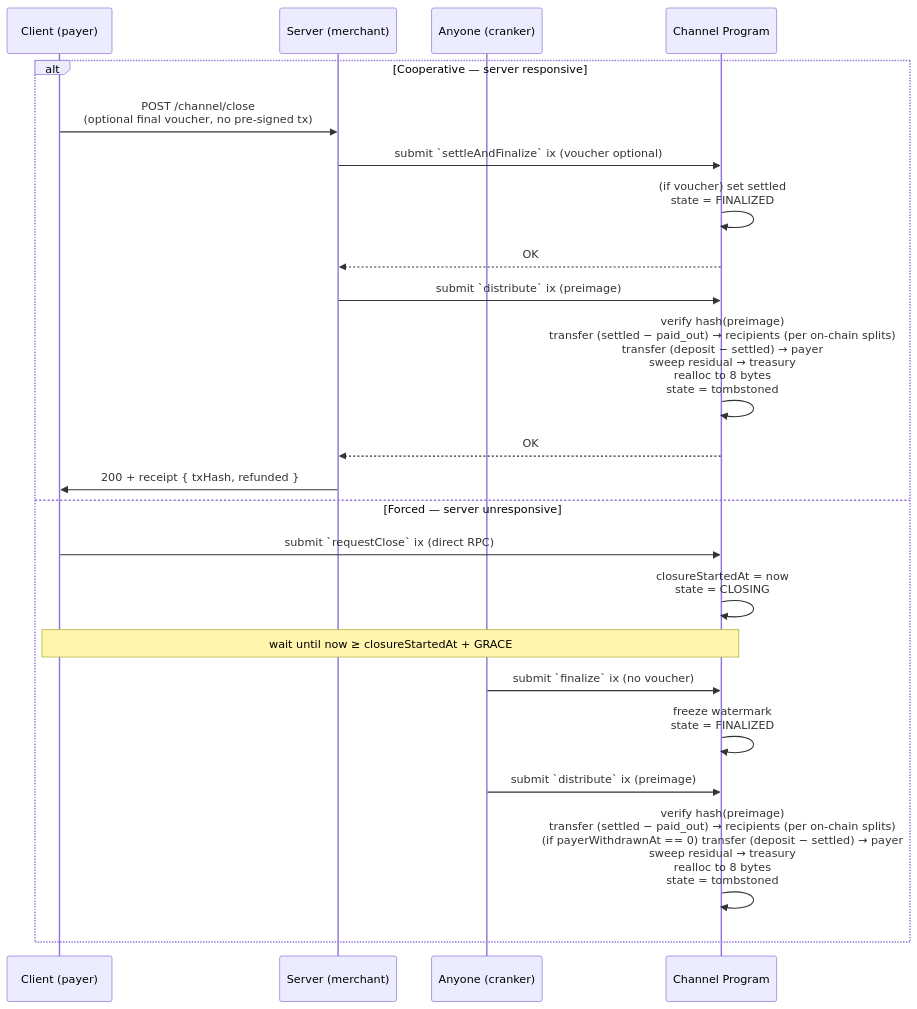
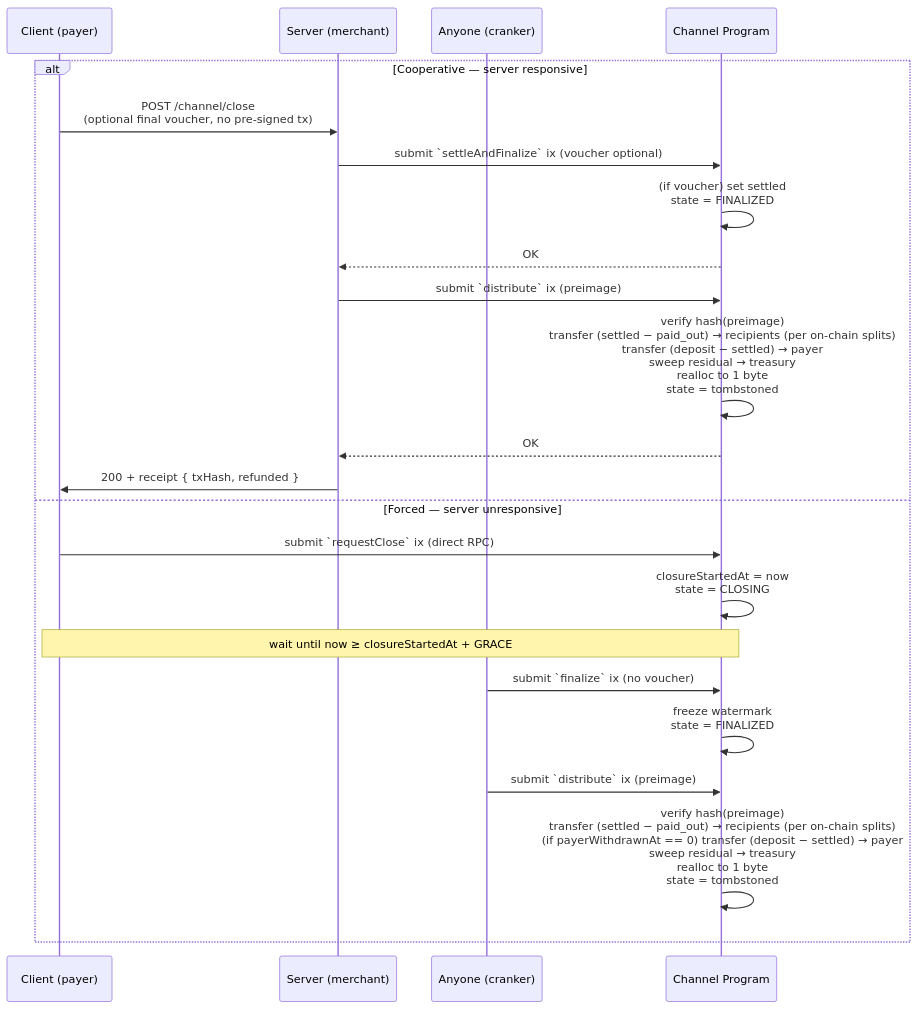
Before and after one commit to solana-foundation/payment-channels: the second of 2 diagrams in docs/002-http-protocol.md, drawn with Mermaid. The commit also changed other lines of this file and 6 other files, not shown here.

````diff
--- a/docs/002-http-protocol.md
+++ b/docs/002-http-protocol.md
@@ -145,30 +145,30 @@
 ```mermaid
 sequenceDiagram
     participant C as Client (payer)
     participant S as Server (merchant)
     participant A as Anyone (cranker)
     participant P as Channel Program
 
     alt Cooperative — server responsive
         C->>S: POST /channel/close<br/>(optional final voucher, no pre-signed tx)
         S->>P: submit `settleAndFinalize` ix (voucher optional)
         P->>P: (if voucher) set settled<br/>state = FINALIZED
         P-->>S: OK
 
         S->>P: submit `distribute` ix (preimage)
-        P->>P: verify hash(preimage)<br/>transfer (settled − paid_out) → recipients (per on-chain splits)<br/>transfer (deposit − settled) → payer<br/>sweep residual → treasury<br/>realloc to 8 bytes<br/>state = tombstoned
+        P->>P: verify hash(preimage)<br/>transfer (settled − paid_out) → recipients (per on-chain splits)<br/>transfer (deposit − settled) → payer<br/>sweep residual → treasury<br/>realloc to 1 byte<br/>state = tombstoned
         P-->>S: OK
         S->>C: 200 + receipt { txHash, refunded }
     else Forced — server unresponsive
         C->>P: submit `requestClose` ix (direct RPC)
         P->>P: closureStartedAt = now<br/>state = CLOSING
 
         Note over C,P: wait until now ≥ closureStartedAt + GRACE
 
         A->>P: submit `finalize` ix (no voucher)
         P->>P: freeze watermark<br/>state = FINALIZED
 
         A->>P: submit `distribute` ix (preimage)
-        P->>P: verify hash(preimage)<br/>transfer (settled − paid_out) → recipients (per on-chain splits)<br/>(if payerWithdrawnAt == 0) transfer (deposit − settled) → payer<br/>sweep residual → treasury<br/>realloc to 8 bytes<br/>state = tombstoned
+        P->>P: verify hash(preimage)<br/>transfer (settled − paid_out) → recipients (per on-chain splits)<br/>(if payerWithdrawnAt == 0) transfer (deposit − settled) → payer<br/>sweep residual → treasury<br/>realloc to 1 byte<br/>state = tombstoned
     end
 ```
````
